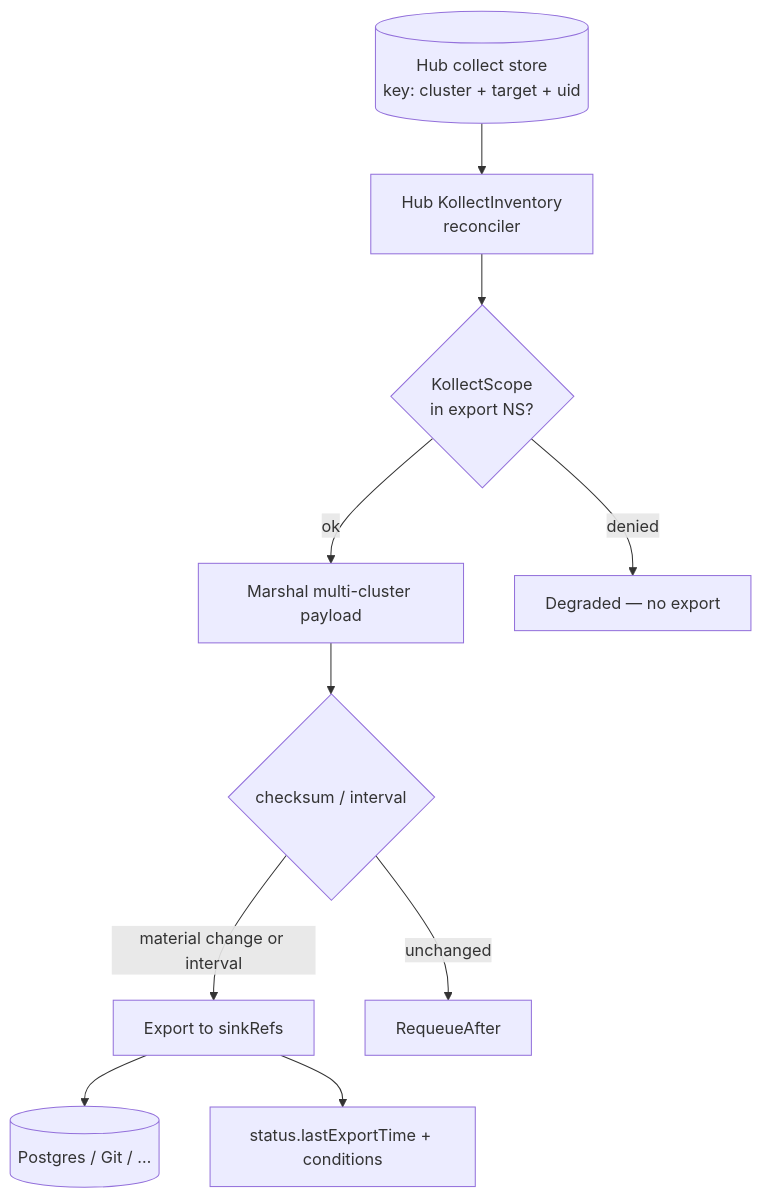
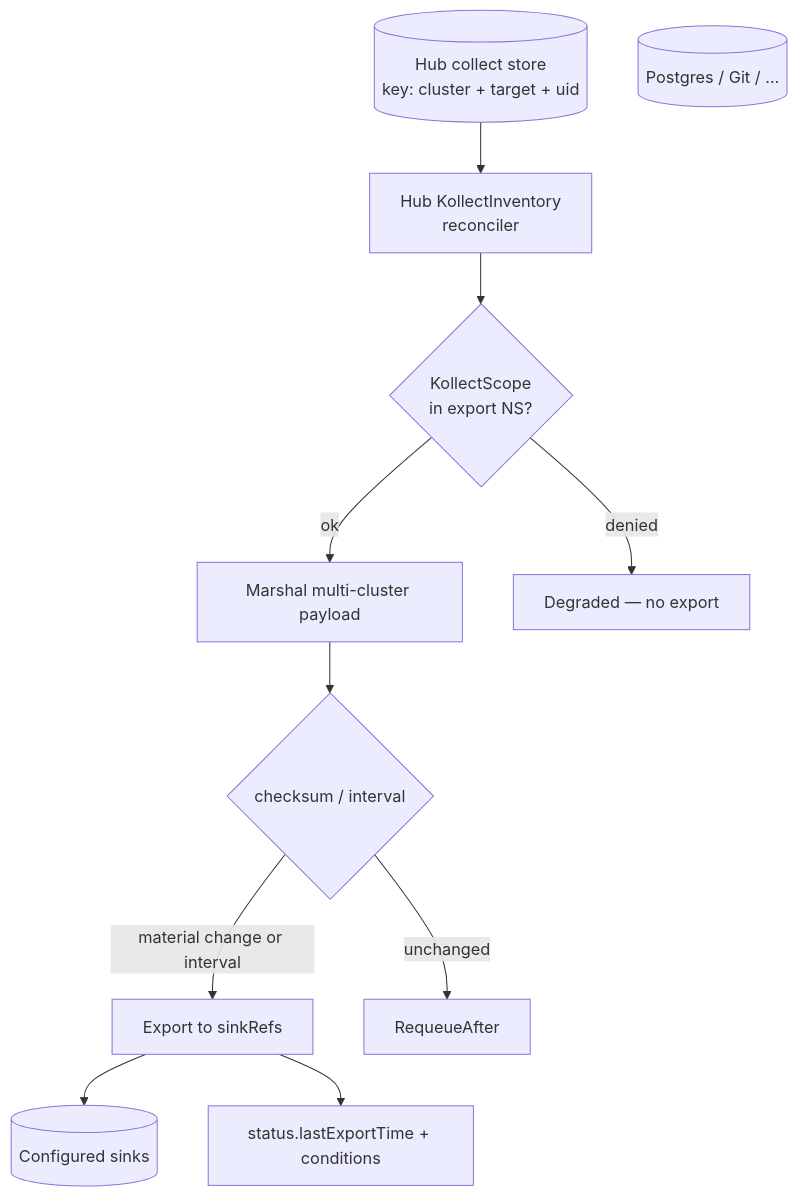
Before and after one commit to PlatformRelay/Kollect: diagram 11 of 11 in docs/DATA-FLOWS.md, drawn with Mermaid. The commit also changed other lines of this file and 3 other files, not shown here.

````diff
--- a/docs/DATA-FLOWS.md
+++ b/docs/DATA-FLOWS.md
@@ -328,20 +337,20 @@
 ```mermaid
 flowchart TD
   HubStore[(Hub collect store<br/>key: cluster + target + uid)]
   HubInv[Hub KollectInventory<br/>reconciler]
   Scope{KollectScope<br/>in export NS?}
   Marshal[Marshal multi-cluster payload]
   Debounce{checksum / interval}
   Export[Export to sinkRefs]
   PG[(Postgres / Git / …)]
 
   HubStore --> HubInv
   HubInv --> Scope
   Scope -->|denied| Degrade[Degraded — no export]
   Scope -->|ok| Marshal
   Marshal --> Debounce
   Debounce -->|material change or interval| Export
   Debounce -->|unchanged| Wait[RequeueAfter]
-  Export --> PG
+  Export --> Sinks[(Configured sinks)]
   Export --> Status[status.lastExportTime + conditions]
 ```
````
